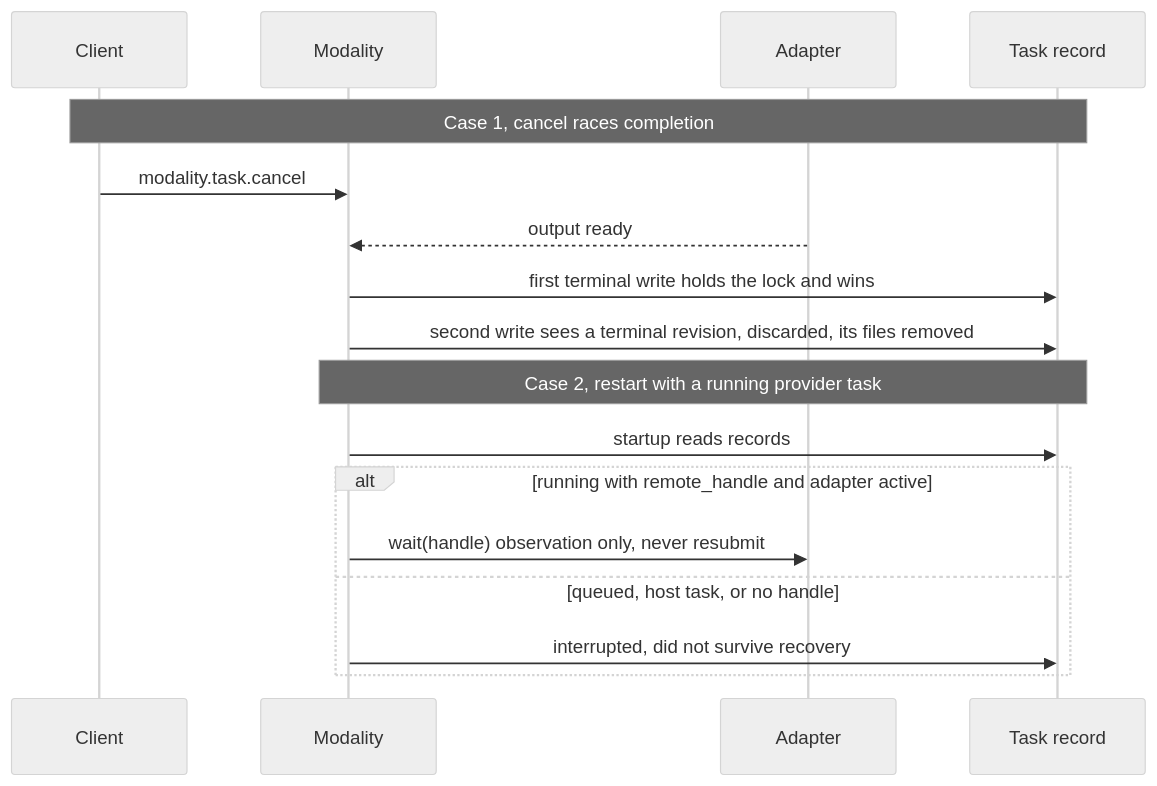
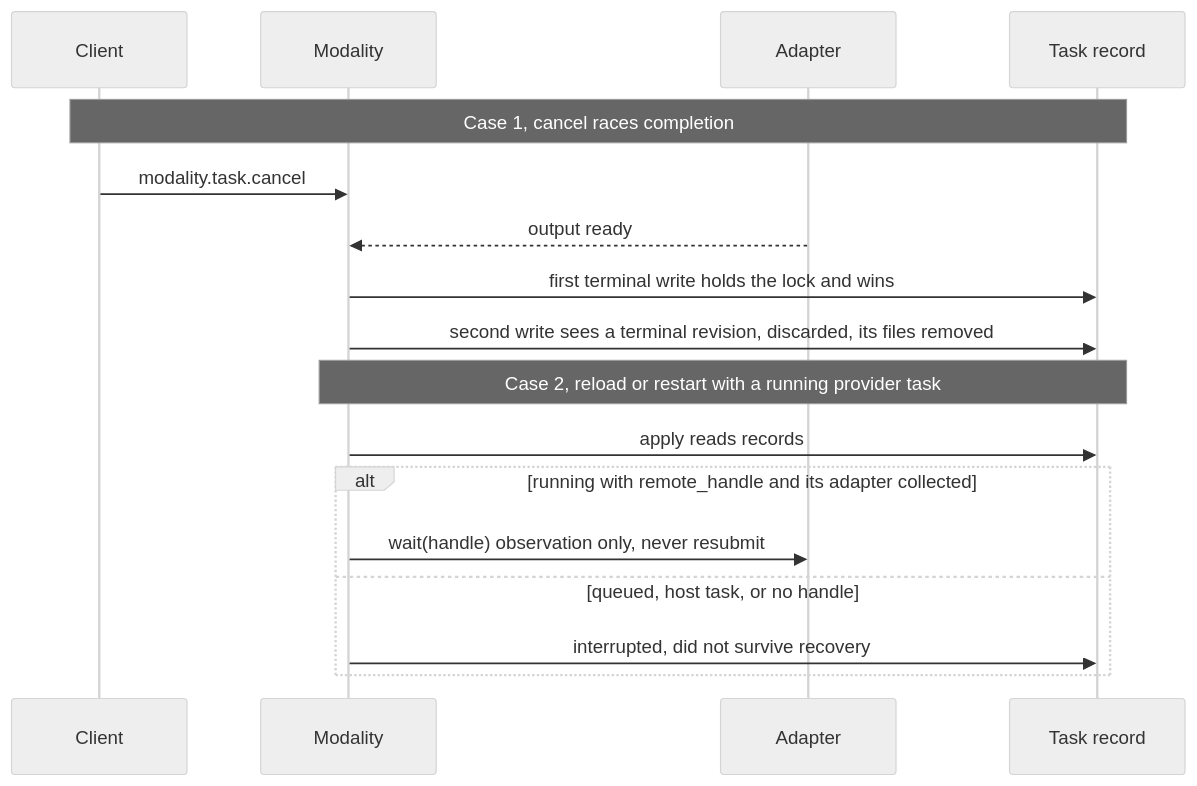
The sixth of 6 diagrams in docs/design/plugins/Modality.md (CoutinhoTTS/dim-agent), drawn with Mermaid (neutral theme) before and after one commit. The commit also changed other lines of this file and 2 other files, not shown here.

Commit message:
docs(design): rescope Modality, PluginManager and RemoteGateway per ADR 002

````diff
--- a/docs/design/plugins/Modality.md
+++ b/docs/design/plugins/Modality.md
@@ -164,19 +155,19 @@
 ```mermaid
 sequenceDiagram
   participant C as Client
   participant D as Modality
   participant A as Adapter
   participant S as Task record
   Note over C,S: Case 1, cancel races completion
   C->>D: modality.task.cancel
   A-->>D: output ready
   D->>S: first terminal write holds the lock and wins
   D->>S: second write sees a terminal revision, discarded, its files removed
-  Note over D,S: Case 2, restart with a running provider task
-  D->>S: startup reads records
-  alt running with remote_handle and adapter active
+  Note over D,S: Case 2, reload or restart with a running provider task
+  D->>S: apply reads records
+  alt running with remote_handle and its adapter collected
     D->>A: wait(handle) observation only, never resubmit
   else queued, host task, or no handle
     D->>S: interrupted, did not survive recovery
   end
 ```
````
